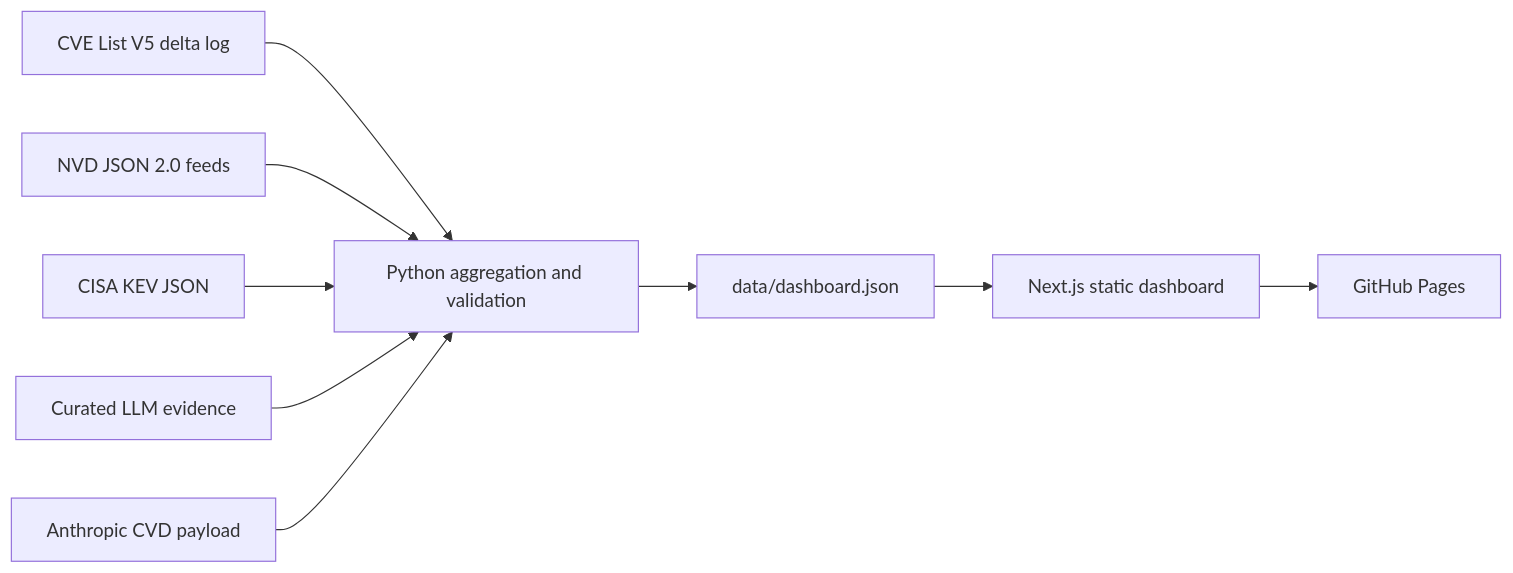
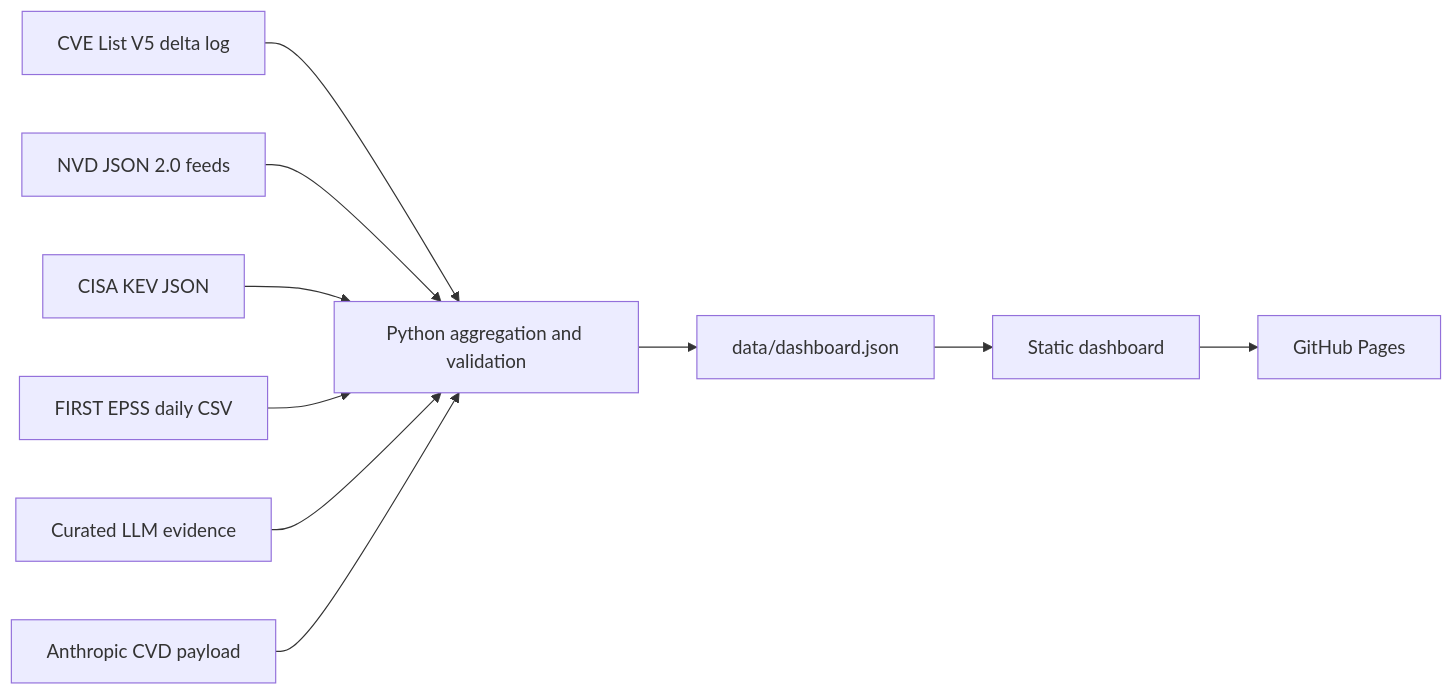
The diagram in README.md (llody9977/vulnsignal), drawn with Mermaid before and after one commit. The commit also changed other lines of this file and 14 other files, not shown here.

````diff
--- a/README.md
+++ b/README.md
@@ -117,11 +77,12 @@
 ```mermaid
 flowchart LR
   CVE["CVE List V5 delta log"] --> Sync["Python aggregation and validation"]
   NVD["NVD JSON 2.0 feeds"] --> Sync
   KEV["CISA KEV JSON"] --> Sync
+  EPSS["FIRST EPSS daily CSV"] --> Sync
   Evidence["Curated LLM evidence"] --> Sync
   Anthropic["Anthropic CVD payload"] --> Sync
   Sync --> Dataset["data/dashboard.json"]
-  Dataset --> App["Next.js static dashboard"]
+  Dataset --> App["Static dashboard"]
   App --> Pages["GitHub Pages"]
 ```
````
